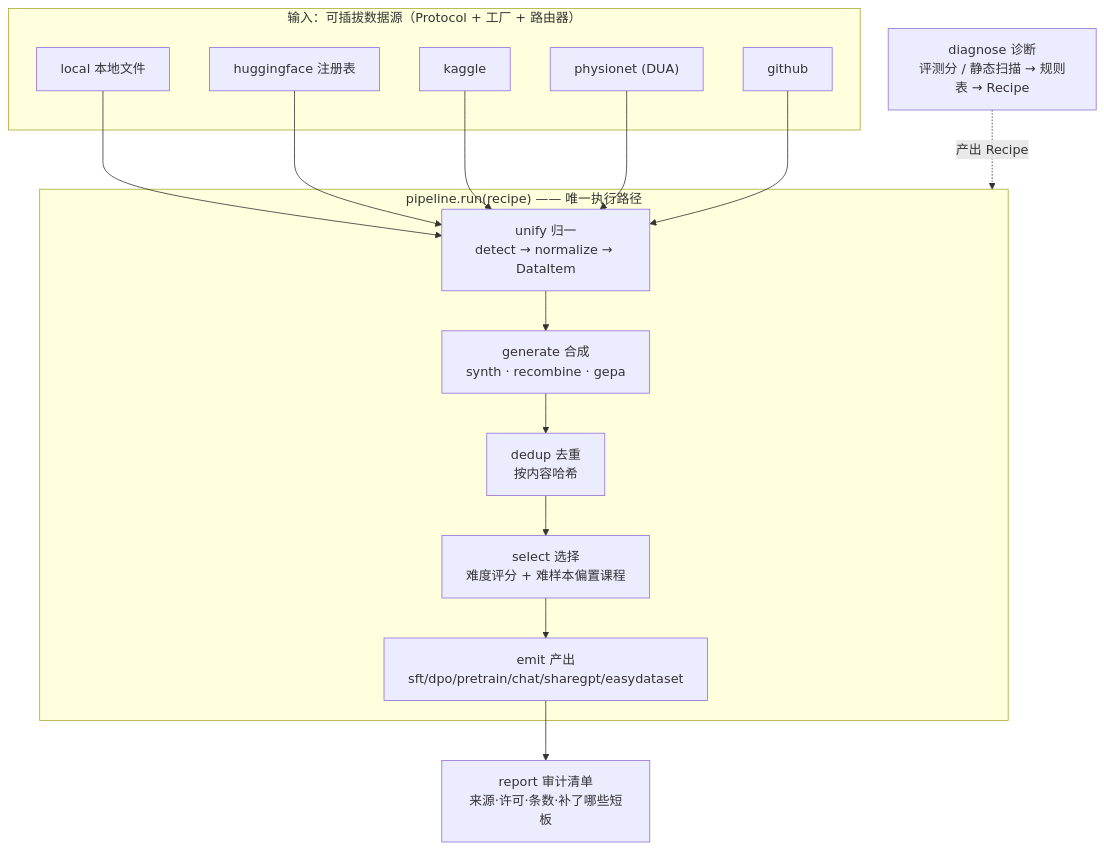
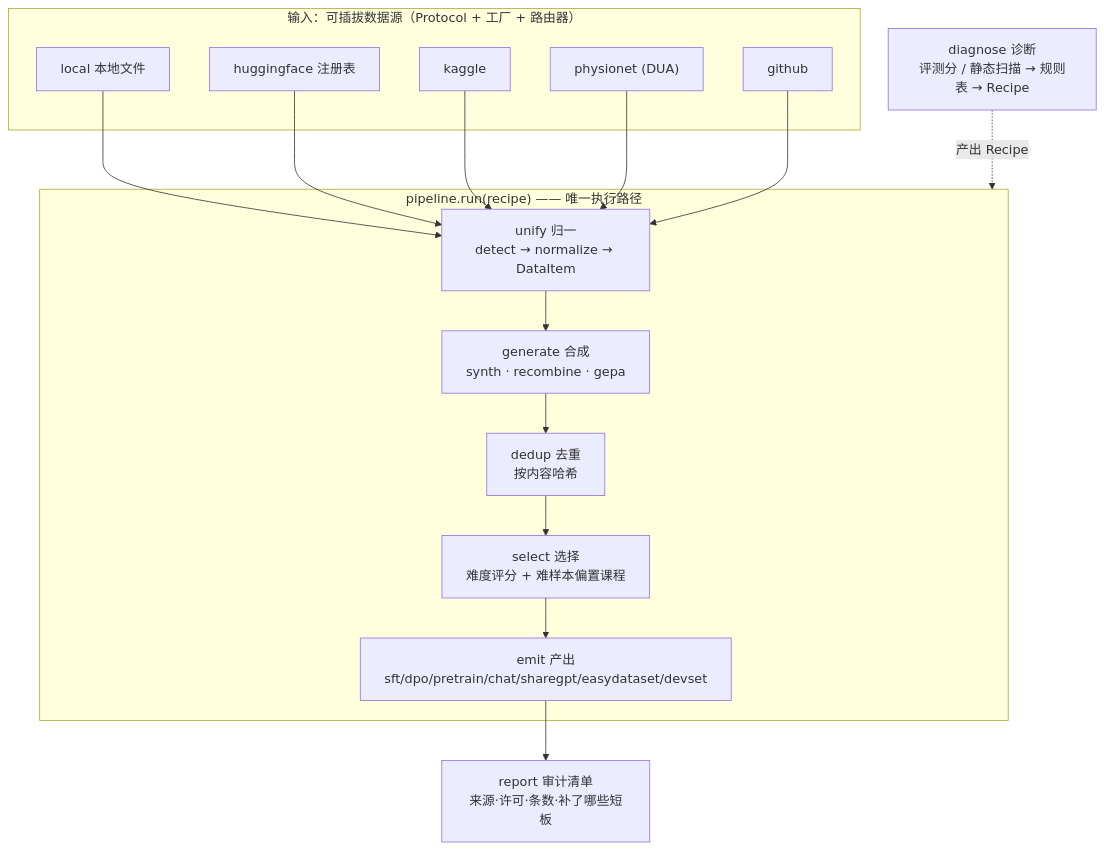
Before and after one commit to chenhaodev/agentdata: the diagram in README.md, drawn with Mermaid. The commit also changed other lines of this file and 3 other files, not shown here.

````diff
--- a/README.md
+++ b/README.md
@@ -227,18 +227,18 @@
 ```mermaid
 flowchart TB
     subgraph IN["输入：可插拔数据源（Protocol + 工厂 + 路由器）"]
         S1["local 本地文件"]; S2["huggingface 注册表"]; S3["kaggle"]; S4["physionet (DUA)"]; S5["github"]
     end
     subgraph CORE["pipeline.run(recipe) —— 唯一执行路径"]
         U["unify 归一<br/>detect → normalize → DataItem"]
         G["generate 合成<br/>synth · recombine · gepa"]
         D["dedup 去重<br/>按内容哈希"]
         SEL["select 选择<br/>难度评分 + 难样本偏置课程"]
-        E["emit 产出<br/>sft/dpo/pretrain/chat/sharegpt/easydataset"]
+        E["emit 产出<br/>sft/dpo/pretrain/chat/sharegpt/easydataset/devset"]
     end
     DIAG["diagnose 诊断<br/>评测分 / 静态扫描 → 规则表 → Recipe"]
     R["report 审计清单<br/>来源·许可·条数·补了哪些短板"]
 
     S1 & S2 & S3 & S4 & S5 --> U --> G --> D --> SEL --> E --> R
     DIAG -. 产出 Recipe .-> CORE
 ```
````
